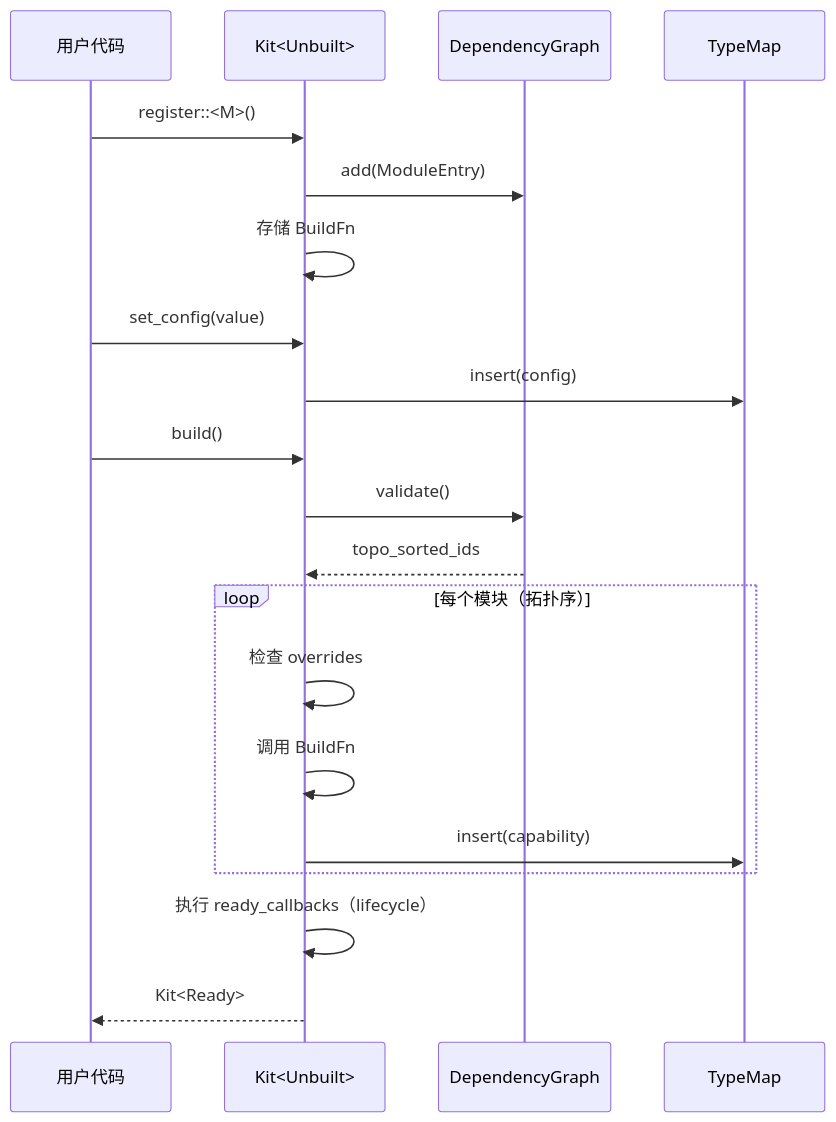
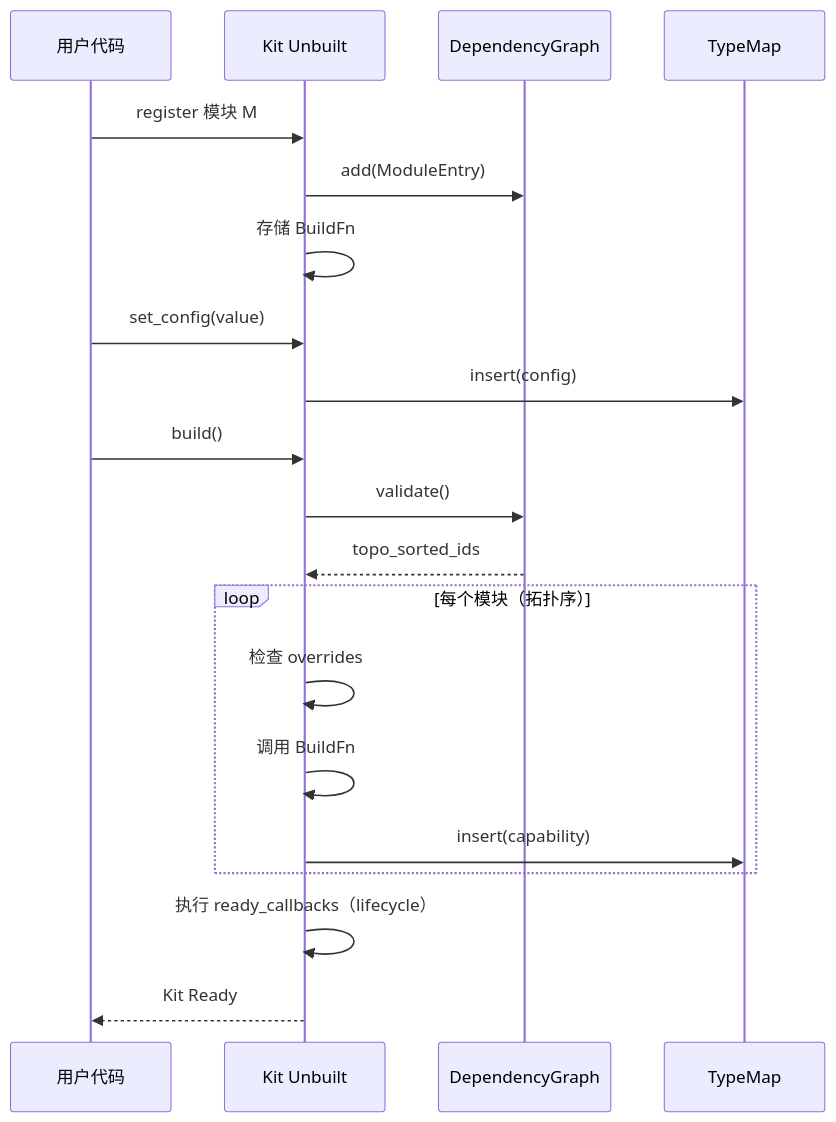
One commit to Kirky-X/trait-kit changed the fifth of 6 diagrams in docs/ARCHITECTURE.md. Above: the diagram before and after it, drawn with Mermaid. The commit also changed other lines of this file and 7 other files, not shown here.

Commit message:
docs(trait-kit): docs 文档套件统一优化 — emoji 化 h2 与折叠目录、文档间交叉链接网络、架构/数据流 mermaid 图、结构化内容表格化、清除内部任务追踪引用；失真内容对照 src/ 源码修正，基准数字与安全承诺口径原样保留

````diff
--- a/docs/ARCHITECTURE.md
+++ b/docs/ARCHITECTURE.md
@@ -177,27 +179,27 @@
 ```mermaid
 sequenceDiagram
     participant User as 用户代码
-    participant Kit as Kit<Unbuilt>
+    participant Kit as Kit Unbuilt
     participant Graph as DependencyGraph
     participant TypeMap as TypeMap
 
-    User->>Kit: register::<M>()
+    User->>Kit: register 模块 M
     Kit->>Graph: add(ModuleEntry)
     Kit->>Kit: 存储 BuildFn
 
     User->>Kit: set_config(value)
     Kit->>TypeMap: insert(config)
 
     User->>Kit: build()
     Kit->>Graph: validate()
     Graph-->>Kit: topo_sorted_ids
 
     loop 每个模块（拓扑序）
         Kit->>Kit: 检查 overrides
         Kit->>Kit: 调用 BuildFn
         Kit->>TypeMap: insert(capability)
     end
 
     Kit->>Kit: 执行 ready_callbacks（lifecycle）
-    Kit-->>User: Kit<Ready>
+    Kit-->>User: Kit Ready
 ```
````
